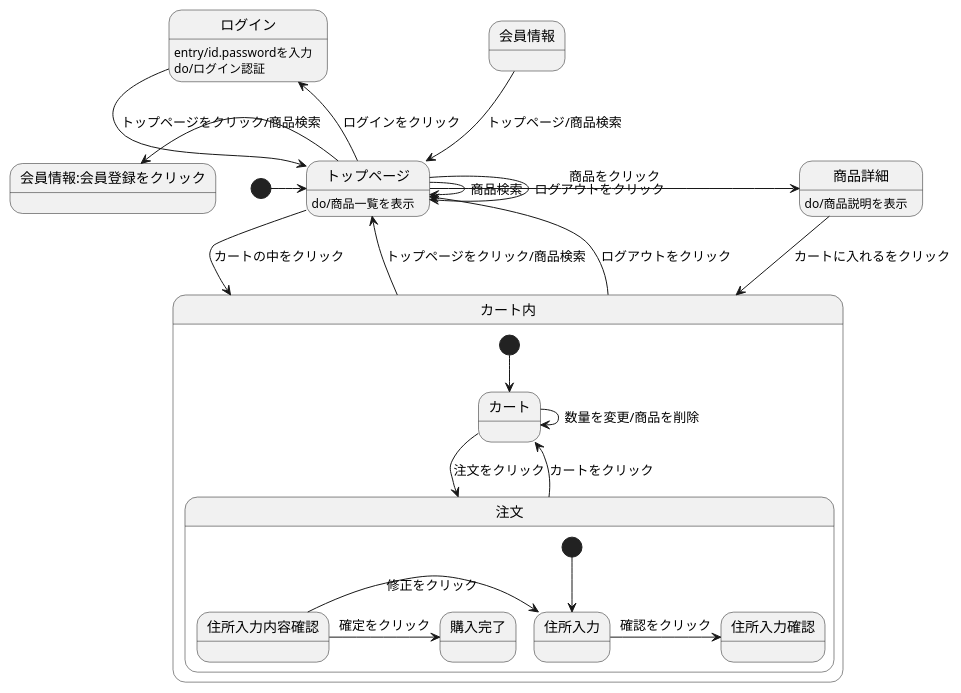
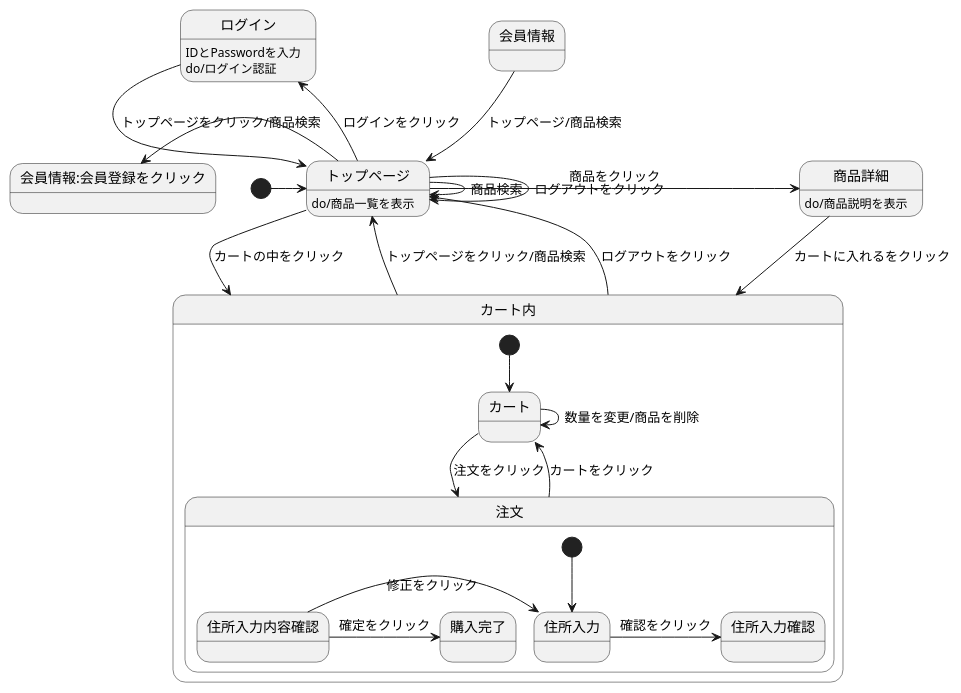
Before and after one commit to Aso2001183/2021sys-design: the diagram in cupman.md, drawn with PlantUML.

````diff
--- a/cupman.md
+++ b/cupman.md
@@ -1,33 +1,33 @@
 ```uml
 @startuml
 [*] -> トップページ
 会員情報 --> トップページ : トップページ/商品検索
 ログイン --> トップページ : トップページをクリック/商品検索
-ログイン : entry/id.passwordを入力 
+ログイン : IDとPasswordを入力 
 ログイン : do/ログイン認証
 トップページ --> トップページ :ログアウトをクリック
 トップページ -> トップページ :商品検索
 トップページ -> 商品詳細 :商品をクリック
 トップページ -left-> 会員情報:会員登録をクリック 
 トップページ -left-> ログイン :ログインをクリック
 トップページ --> カート内 : カートの中をクリック
 トップページ :do/商品一覧を表示
 商品詳細 --> カート内: カートに入れるをクリック
 商品詳細 :do/商品説明を表示
 カート内 -up-> トップページ: トップページをクリック/商品検索
 カート内 -up-> トップページ: ログアウトをクリック
 
 state カート内{
 [*] --> カート
 カート -> 注文 : 注文をクリック
 カート -> カート : 数量を変更/商品を削除
 注文 --> カート : カートをクリック
 state 注文{
 [*] --> 住所入力
 住所入力 -> 住所入力確認 : 確認をクリック
 住所入力内容確認 -> 住所入力 : 修正をクリック
 住所入力内容確認 -> 購入完了 : 確定をクリック
     }
 }
 @enduml
 ```
````
